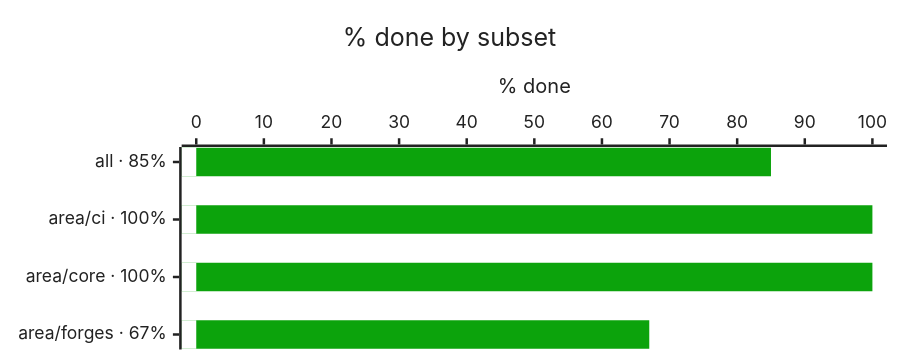
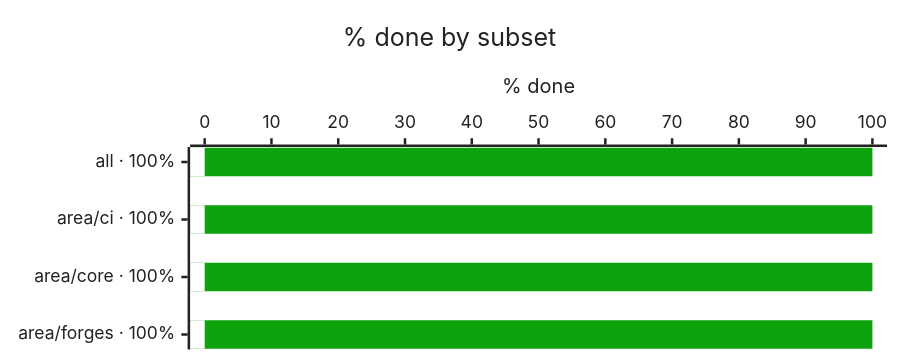
The first of 5 diagrams in README.md (bvraghav/pmtrack), drawn with Mermaid before and after one commit. The commit also changed other lines of this file and 4 other files, not shown here.

````diff
--- a/README.md
+++ b/README.md
@@ -5,9 +5,9 @@
 ```mermaid
 %%{init: {"themeVariables": {"xyChart": {"backgroundColor": "#ffffff", "titleColor": "#222222", "plotColorPalette": "#0ca30c,#ffffff", "xAxisLabelColor": "#222222", "xAxisTitleColor": "#222222", "xAxisTickColor": "#222222", "xAxisLineColor": "#222222", "yAxisLabelColor": "#222222", "yAxisTitleColor": "#222222", "yAxisTickColor": "#222222", "yAxisLineColor": "#222222"}}, "xyChart": {"height": 270}}}%%
 xychart-beta horizontal
   title "% done by subset"
-  x-axis ["all · 85%", "area/ci · 100%", "area/core · 100%", "area/forges · 67%"]
+  x-axis ["all · 100%", "area/ci · 100%", "area/core · 100%", "area/forges · 100%"]
   y-axis "% done" 0 --> 100
-  bar [85, 100, 100, 67]
+  bar [100, 100, 100, 100]
   bar [0, 0, 0, 0]
 ```
````
